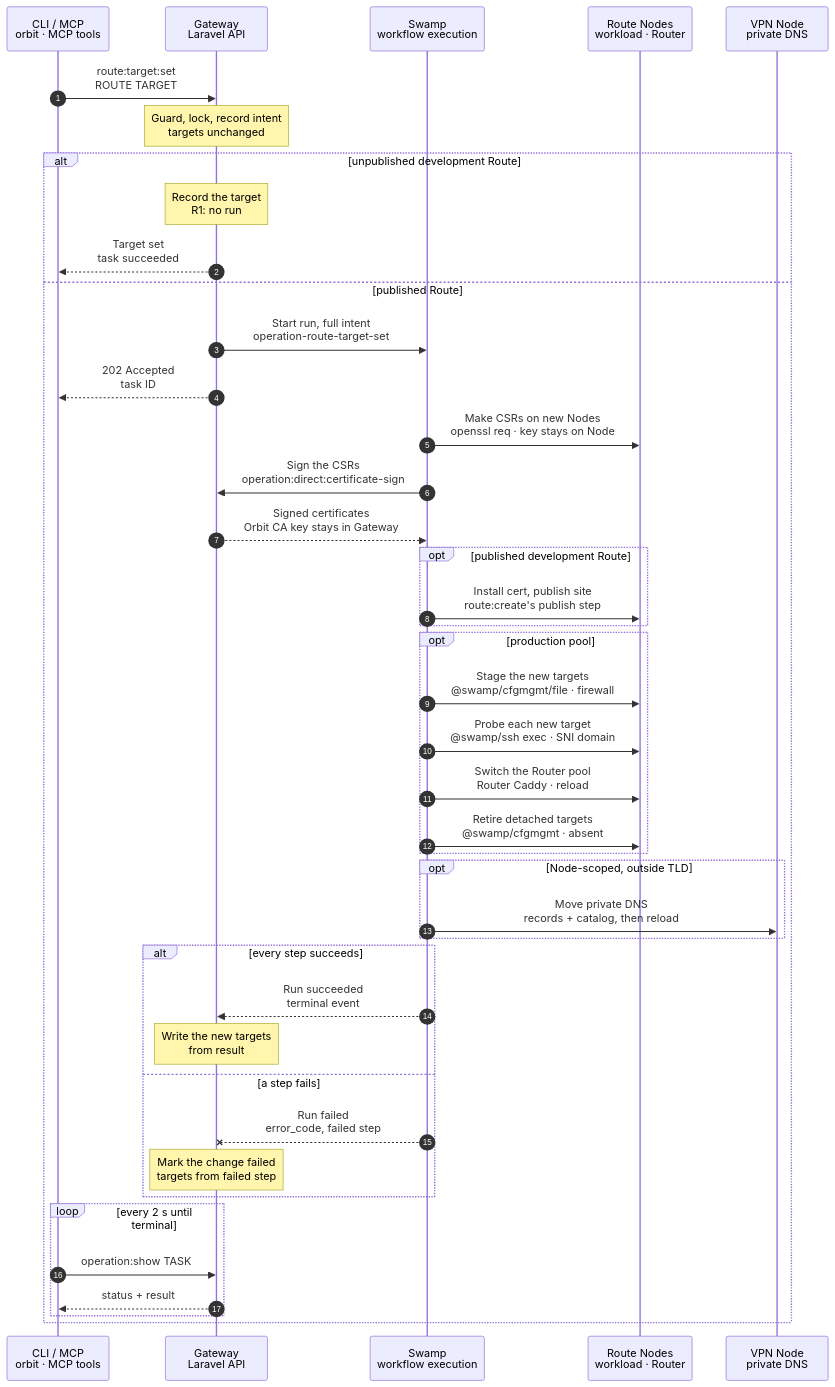
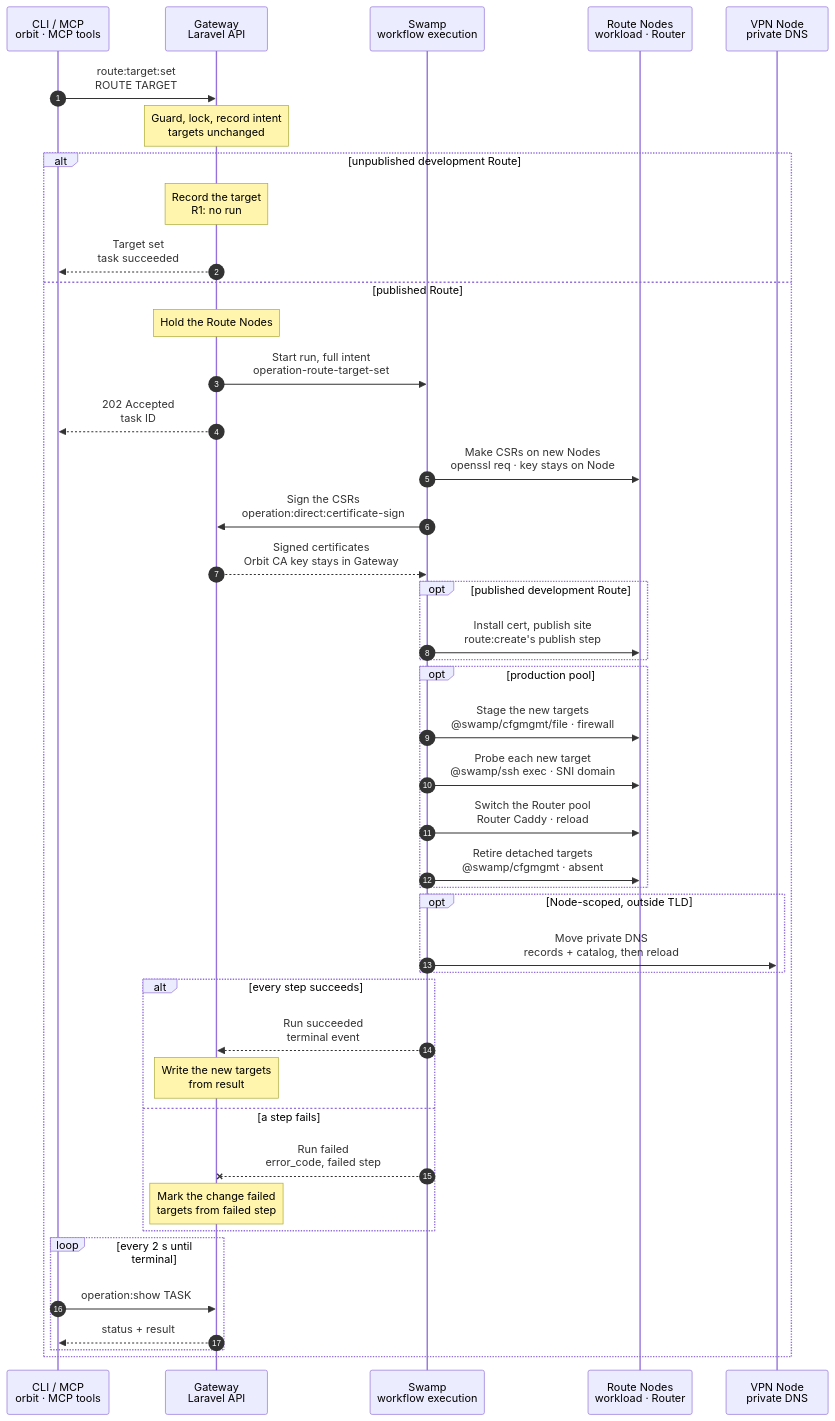
The diagram in docs/cli/route/target-set.mmd (hardimpactdev/orbit), drawn with Mermaid before and after one commit. The commit also changed 19 other files, not shown here.

First line of the commit message:
feat(routes): hold each Route-serving Node from admission to the terminal state (#3060)

```diff
--- a/docs/cli/route/target-set.mmd
+++ b/docs/cli/route/target-set.mmd
@@ -1,94 +1,107 @@
 sequenceDiagram
+  %% Decided by the orchestrator, for Nick's review (2026-11-06): the Gateway holds each Route-serving Node from admission to the terminal state; a second Route write on it waits (docs/reference/routes.md#coordinate-publication).
   %% Target design: ADR 0244 task, one Swamp run, certificate signing is the one step-to-Gateway call. docs/reference/routes.md#change-the-target-of-a-route.
-  %% status: reviewed
+  %% status: draft
   %% command: route:target:set
   %% kind: route.target_set
   autonumber
   %% lane CLI icon=terminal pill=caller tone=gray
   %% lane GW icon=gateway pill=intent tone=blue
   %% lane SW icon=workflow pill=executes tone=green
   %% lane N icon=server pill=target tone=amber
   %% lane V icon=server pill=target tone=purple
   participant CLI as CLI / MCP<br/>orbit · MCP tools
   participant GW as Gateway<br/>Laravel API
   participant SW as Swamp<br/>workflow execution
   participant N as Route Nodes<br/>workload · Router
   participant V as VPN Node<br/>private DNS
   CLI->>GW: route:target:set<br/>ROUTE TARGET
   %%> Command:
   %%> - `orbit route:target:set ROUTE TARGET`
   %%> - syntax: `<route> <target> [--targets=ID]... [--reassign=ID:ROUTE]... [--remove=ID]... [--json]`
   %%> Input:
   %%> - the Route and its target Instance; the options send the complete target set of a production pool and a disposition for each detached Instance
   %%> Who can call it:
   %%> - the `orbit` CLI and the MCP tool send the same request
   Note over GW: Guard, lock, record intent<br/>targets unchanged
   %%> Requirements:
   %%> - the calling Node has an access grant to the Route's Nodes
   %%> - the target is an active Instance of the Route's Project; a production pool is a Cluster-scoped explicit Route with active production Instances on distinct active `app-prod` Nodes
   %%> - the change does not take an Instance from another Route, or detach an active Instance from its only Route (`route.target_conflict`); a detached Instance has a disposition (`route.target_disposition_required`)
   %%> - no other target-set change is recorded on the Route (`route.target_set_conflict`) and no other operation holds the projection (`app-dev.projection_busy`)
   %%> Result:
   %%> - a single-target change stores the association before the run; a production pool records the requested set and keeps the associations unchanged until the run's result
   %%> - an `active` Route refuses a single-target change (`route.reconciliation_required`)
   %%> - `--remove` is refused today (`route.target_cleanup_unavailable`, 503)
   alt unpublished development Route
     Note over GW: Record the target<br/>R1: no run
     %%> What it does:
     %%> - changes only Orbit's record; no Node changes and no run starts
     %%> Repeat:
     %%> - setting the current target again is skipped: `Skipped — target already set (route.target_unchanged)`
     GW-->>CLI: Target set<br/>task succeeded
   else published Route
+    Note over GW: Hold the Route Nodes
+    %%> What it does:
+    %%> - holds each Node that serves this Route's site (Caddy and PHP) from admission to the terminal state
+    %%> - a second Route write on one of those Nodes waits (task status `waiting`) and starts when the Node is free, oldest first
+    %%> Not held:
+    %%> - the DNS Node: its records are keyed, and the apply phase refuses a file that changed since the read
+    %%> Limit:
+    %%> - two Route writes on one Node run one after the other, so each waits for the other's whole run
+    %%> - a newer write waits behind an older waiting one that shares a Node, and a waiting write can be cancelled
+    %%> - a timed-out write keeps its Nodes until Swamp confirms that its run stopped, or for 15 minutes
+    %%> - not held: task provision and cancel, instance register and the Cluster Router writes, which publish sites too
+    %%> - a task that waits starts from the Node's live files; a site block that matches none of its captured states still stops it with `owned_revision_conflict`
     GW->>SW: Start run, full intent<br/>operation-route-target-set
     GW-->>CLI: 202 Accepted<br/>task ID
     %%> What you get:
     %%> - the task ID, at once
     %%> Next:
     %%> - the CLI follows the task with `operation:show`
     SW->>N: Make CSRs on new Nodes<br/>openssl req · key stays on Node
     SW->>GW: Sign the CSRs<br/>operation:direct:certificate-sign
     %%> Why a call to the Gateway:
     %%> - certificate signing is the one allowed step-to-Gateway call; the Orbit CA stays in the Gateway
     GW-->>SW: Signed certificates<br/>Orbit CA key stays in Gateway
     opt published development Route
       SW->>N: Install cert, publish site<br/>route:create's publish step
       %%> What it does:
       %%> - moves the site to the new checkout; the target stays set if this fails (`route.publish_failed`), and the request is run again
     end
     opt production pool
       SW->>N: Stage the new targets<br/>@swamp/cfgmgmt/file · firewall
       %%> What it does:
       %%> - stages each added target's runtime, certificates, Caddy site and `.env`
       SW->>N: Probe each new target<br/>@swamp/ssh exec · SNI domain
       %%> Why:
       %%> - the probe verifies the Route's hostname and the Orbit CA over TLS; application HTTP errors do not fail it, and a failed probe stops the switch
       SW->>N: Switch the Router pool<br/>Router Caddy · reload
       SW->>N: Retire detached targets<br/>@swamp/cfgmgmt · absent
     end
     opt Node-scoped, outside TLD
       SW->>V: Move private DNS<br/>records + catalog, then reload
     end
     alt every step succeeds
       SW-->>GW: Run succeeded<br/>terminal event
       Note over GW: Write the new targets<br/>from result
       %%> Result:
       %%> - the new associations are written, and a destination Route that received a reassigned Instance becomes `active`
     else a step fails
       SW--xGW: Run failed<br/>error_code, failed step
       Note over GW: Mark the change failed<br/>targets from failed step
       %%> Result for a published development Route:
       %%> - the new target stays set and the failed step is `Install cert, publish site`; run the same request again
       %%> Result for a production pool:
       %%> - before the Router switch, the original associations stay and the staged sites serve no traffic
       %%> - after the switch, the new associations are written, because the new pool serves, and the recorded set and `failed_step` stay
       %%> On the Nodes:
       %%> - finished steps stay; there is no rollback
       %%> Retry:
       %%> - run the same request again; a different request is refused until the change completes (`route.target_set_conflict`); a request with dispositions can be refused with `route.target_disposition_required` once the detached Instances are gone
     end
     loop every 2 s until terminal
       CLI->>GW: operation:show TASK
       GW-->>CLI: status + result
     end
   end
```
